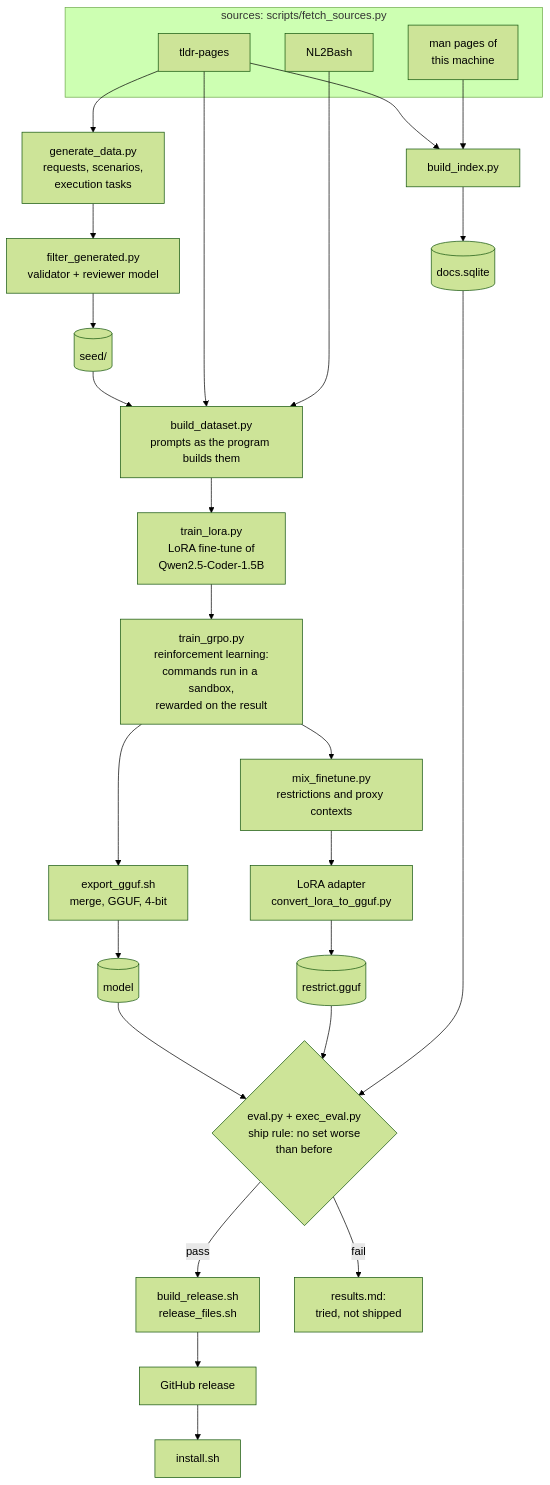
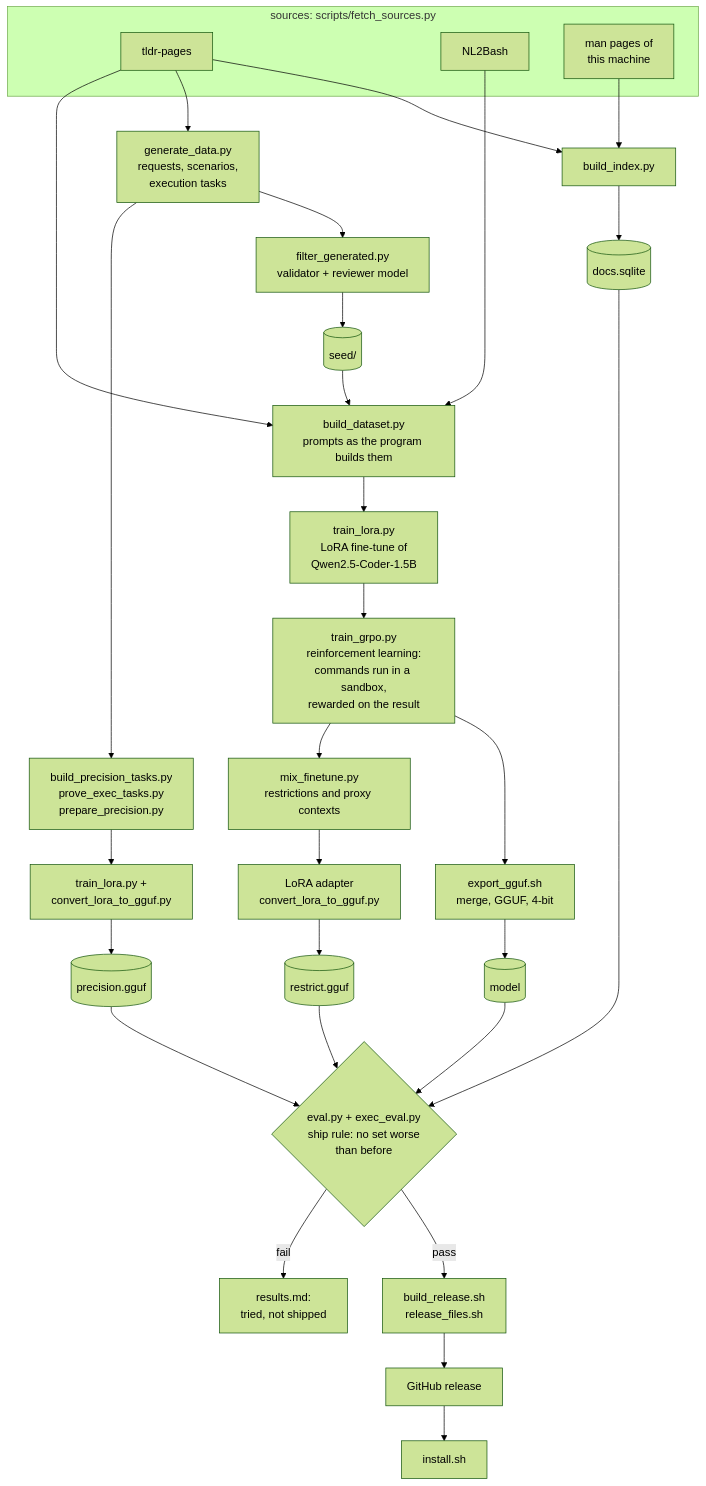
Before and after one commit to arxhr007/lxask: the fifth of 5 diagrams in docs/architecture.md, drawn with Mermaid (forest theme). The commit also changed other lines of this file and 20 other files, not shown here.

First line of the commit message:
Ship the precision adapter beside the restriction one

````diff
--- a/docs/architecture.md
+++ b/docs/architecture.md
@@ -153,21 +156,23 @@
 ```mermaid
 flowchart TD
     subgraph sources ["sources: scripts/fetch_sources.py"]
         tldr["tldr-pages"]
         nl2bash["NL2Bash"]
         man["man pages of<br/>this machine"]
     end
     tldr & man --> buildindex["build_index.py"] --> docs[("docs.sqlite")]
     tldr --> gen["generate_data.py<br/>requests, scenarios,<br/>execution tasks"]
     gen --> filter["filter_generated.py<br/>validator + reviewer model"]
     filter --> seed[("seed/")]
     seed & tldr & nl2bash --> dataset["build_dataset.py<br/>prompts as the program builds them"]
     dataset --> sft["train_lora.py<br/>LoRA fine-tune of<br/>Qwen2.5-Coder-1.5B"]
     sft --> rl["train_grpo.py<br/>reinforcement learning:<br/>commands run in a sandbox,<br/>rewarded on the result"]
     rl --> export["export_gguf.sh<br/>merge, GGUF, 4-bit"] --> modelgguf[("model")]
     rl --> mix["mix_finetune.py<br/>restrictions and proxy contexts"]
     mix --> adapter["LoRA adapter<br/>convert_lora_to_gguf.py"] --> restrict[("restrict.gguf")]
-    modelgguf & restrict & docs --> evals{"eval.py + exec_eval.py<br/>ship rule: no set worse<br/>than before"}
+    gen --> prec["build_precision_tasks.py<br/>prove_exec_tasks.py<br/>prepare_precision.py"]
+    prec --> precadapter["train_lora.py +<br/>convert_lora_to_gguf.py"] --> precision[("precision.gguf")]
+    modelgguf & restrict & precision & docs --> evals{"eval.py + exec_eval.py<br/>ship rule: no set worse<br/>than before"}
     evals -- pass --> release["build_release.sh<br/>release_files.sh"] --> gh["GitHub release"] --> install["install.sh"]
     evals -- fail --> results["results.md:<br/>tried, not shipped"]
 ```
````
